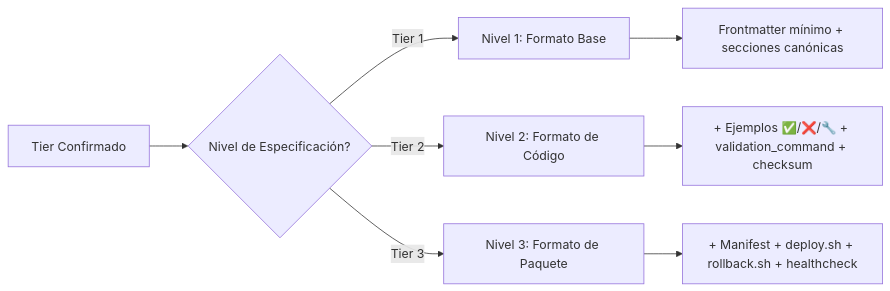
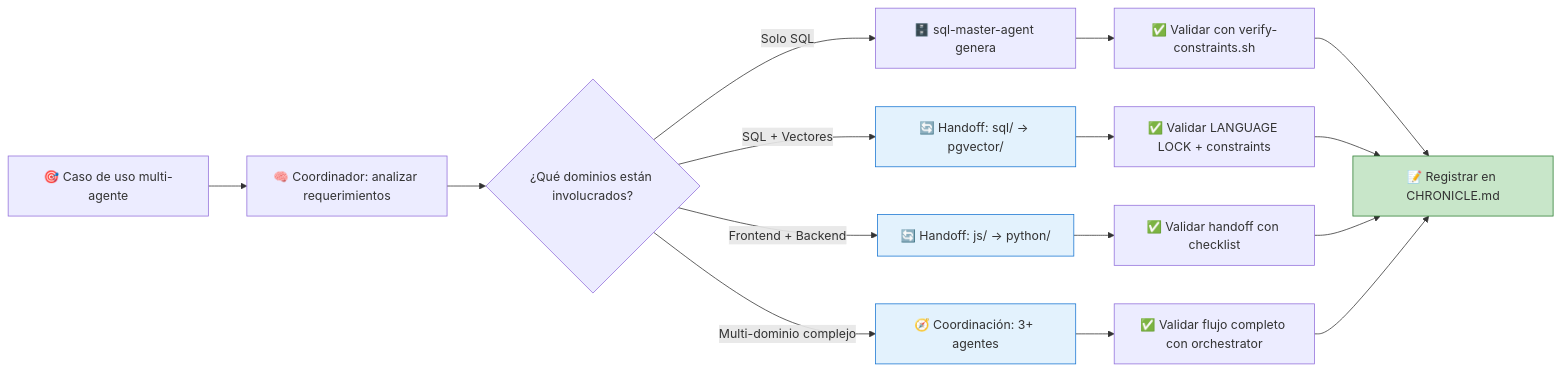
One commit to Mantis-AgenticDev/agentic-infra-docs changed the first of 2 diagrams in SDD-COLLABORATIVE-GENERATION.md. Above: the diagram before and after it, drawn with Mermaid. The commit also changed other lines of this file and 7 other files, not shown here.

````diff
--- a/SDD-COLLABORATIVE-GENERATION.md
+++ b/SDD-COLLABORATIVE-GENERATION.md
@@ -80,11 +77,25 @@
 ```mermaid
 graph LR
-    A[Tier Confirmado] --> B{Nivel de Especificación?}
-    B -->|Tier 1| C[Nivel 1: Formato Base]
-    B -->|Tier 2| D[Nivel 2: Formato de Código]
-    B -->|Tier 3| E[Nivel 3: Formato de Paquete]
+    A[🎯 Caso de uso multi-agente] --> B[🧠 Coordinador: analizar requerimientos]
+    B --> C{¿Qué dominios están involucrados?}
     
-    C --> F[Frontmatter mínimo + secciones canónicas]
-    D --> G[+ Ejemplos ✅/❌/🔧 + validation_command + checksum]
-    E --> H[+ Manifest + deploy.sh + rollback.sh + healthcheck]
+    C -->|Solo SQL| D[🗄️ sql-master-agent genera]
+    C -->|SQL + Vectores| E[🔄 Handoff: sql/ → pgvector/]
+    C -->|Frontend + Backend| F[🔄 Handoff: js/ → python/]
+    C -->|Multi-dominio complejo| G[🧭 Coordinación: 3+ agentes]
+    
+    D --> H[✅ Validar con verify-constraints.sh]
+    E --> I[✅ Validar LANGUAGE LOCK + constraints]
+    F --> J[✅ Validar handoff con checklist]
+    G --> K[✅ Validar flujo completo con orchestrator]
+    
+    H --> L[📝 Registrar en CHRONICLE.md]
+    I --> L
+    J --> L
+    K --> L
+    
+    style E fill:#e3f2fd,stroke:#1976d2
+    style F fill:#e3f2fd,stroke:#1976d2
+    style G fill:#e3f2fd,stroke:#1976d2
+    style L fill:#c8e6c9,stroke:#2e7d32
 ```
````
